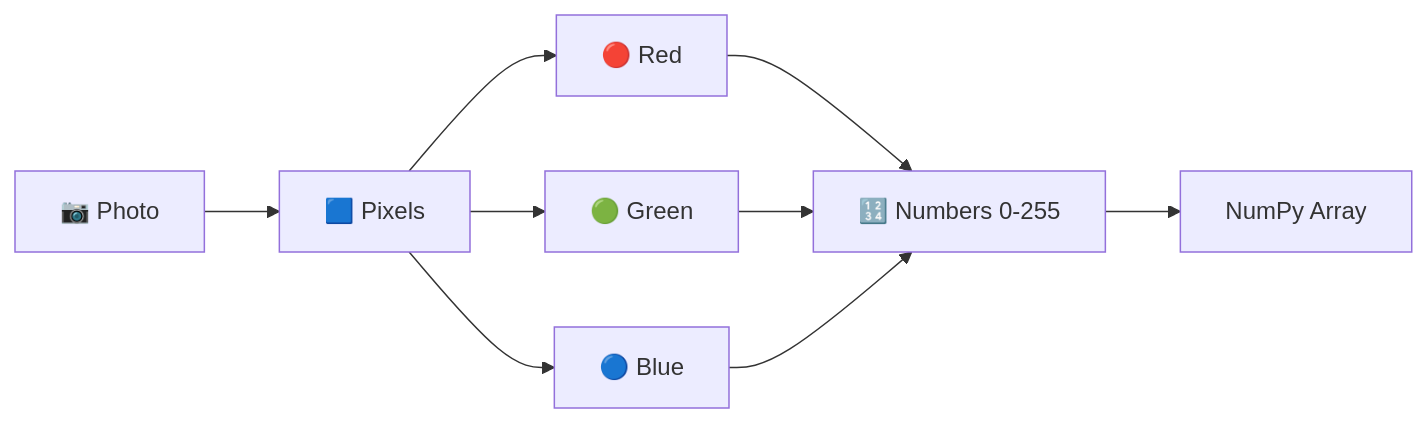
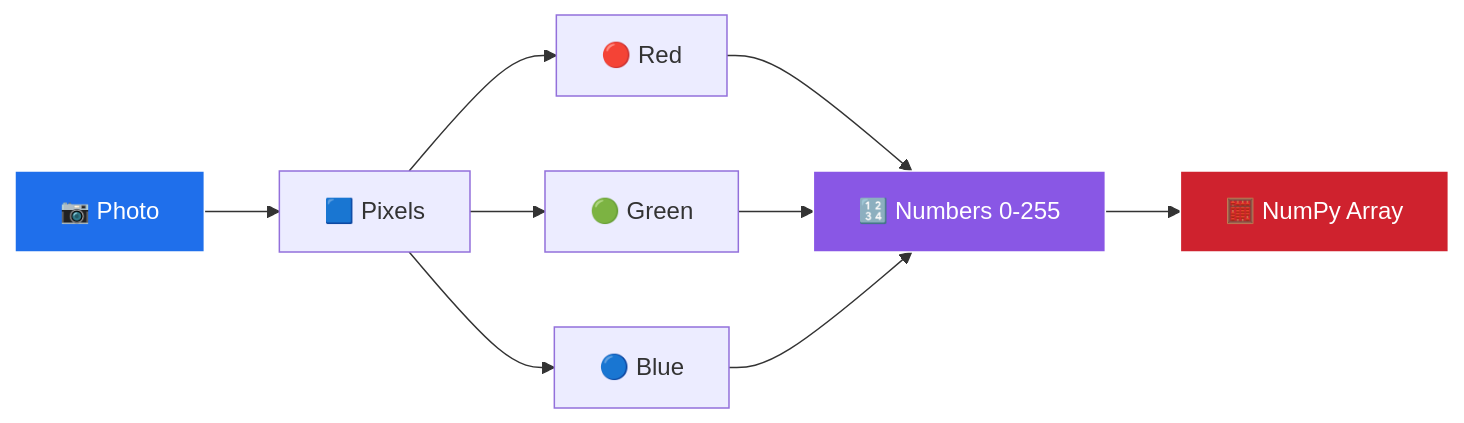
Before and after one commit to Sahal111/Image_Analyzer: the first of 2 diagrams in Readme.md, drawn with Mermaid. The commit also changed other lines of this file, not shown here.

````diff
--- a/Readme.md
+++ b/Readme.md
@@ -27,11 +28,15 @@
 ```mermaid
 flowchart LR
-    A[📷 Photo] --> B[🟦 Pixels]
-    B --> C[🔴 Red]
-    B --> D[🟢 Green]
-    B --> E[🔵 Blue]
-    C --> F[🔢 Numbers 0-255]
+    A["📷 Photo"] --> B["🟦 Pixels"]
+    B --> C["🔴 Red"]
+    B --> D["🟢 Green"]
+    B --> E["🔵 Blue"]
+    C --> F["🔢 Numbers 0-255"]
     D --> F
     E --> F
-    F --> G[NumPy Array]
+    F --> G["🧮 NumPy Array"]
+
+    style A fill:#1f6feb,color:#fff,stroke:#fff
+    style F fill:#8957e5,color:#fff,stroke:#fff
+    style G fill:#cf222e,color:#fff,stroke:#fff
 ```
````
